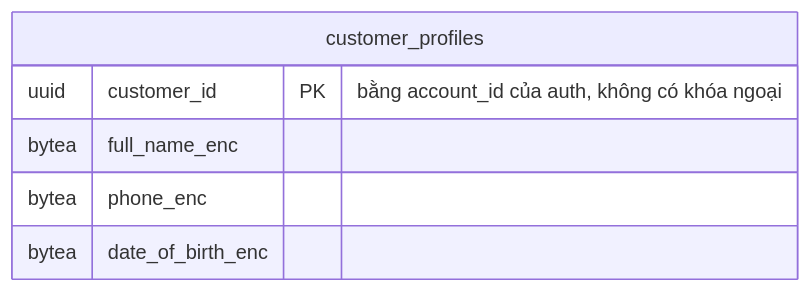
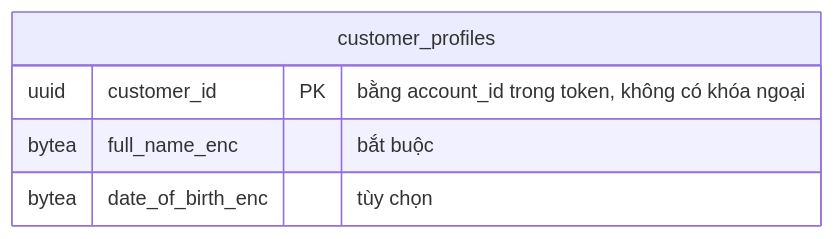
Before and after one commit to nghuuduc21/23699411_NguyenHuuDuc_CabSystem: the second of 8 diagrams in docs/design/03-du-lieu.md, drawn with Mermaid. The commit also changed other lines of this file and 16 other files, not shown here.

````diff
--- a/docs/design/03-du-lieu.md
+++ b/docs/design/03-du-lieu.md
@@ -124,9 +136,8 @@
 ```mermaid
 erDiagram
   customer_profiles {
-    uuid customer_id PK "bằng account_id của auth, không có khóa ngoại"
-    bytea full_name_enc
-    bytea phone_enc
-    bytea date_of_birth_enc
+    uuid customer_id PK "bằng account_id trong token, không có khóa ngoại"
+    bytea full_name_enc "bắt buộc"
+    bytea date_of_birth_enc "tùy chọn"
   }
 ```
````
